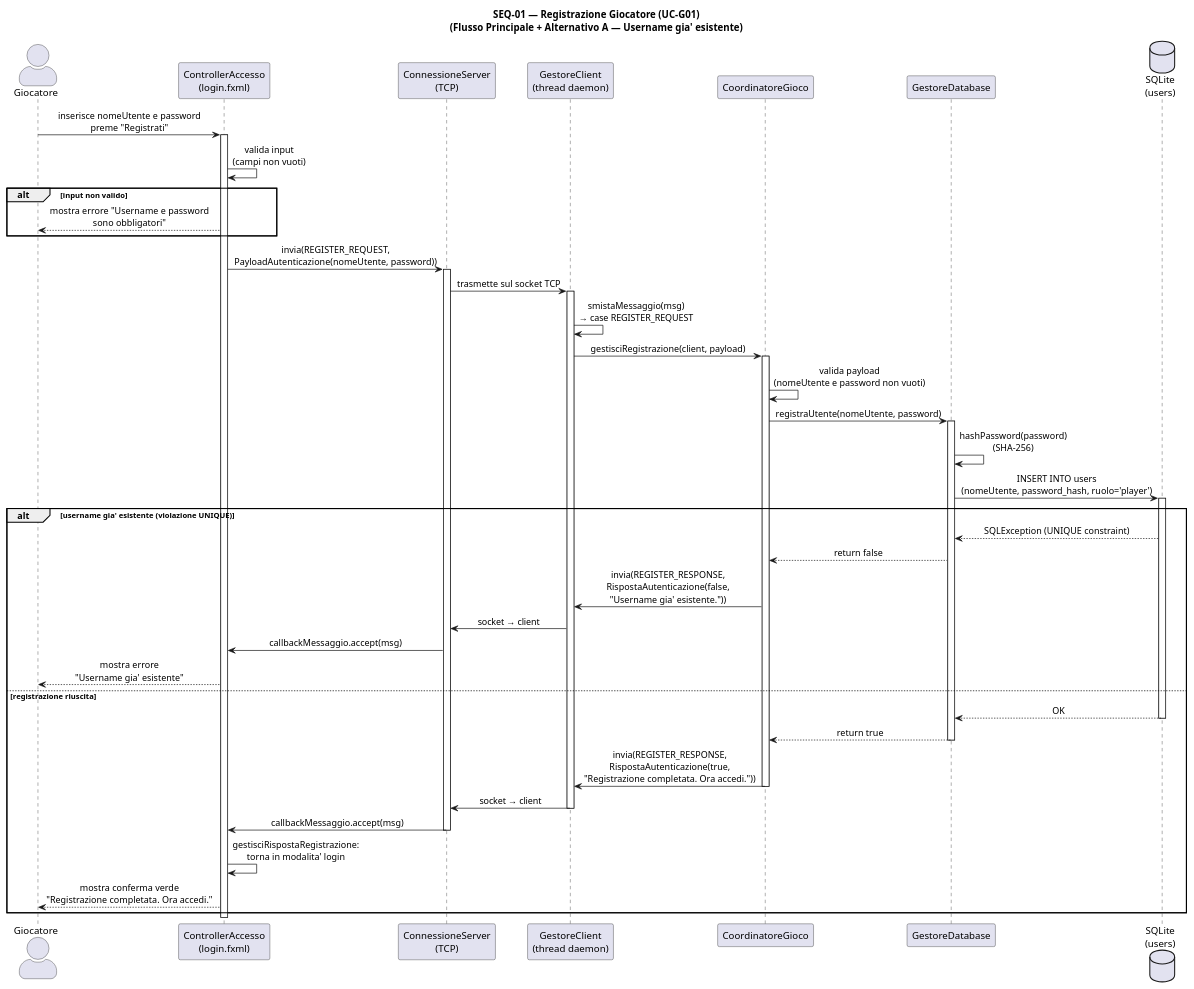
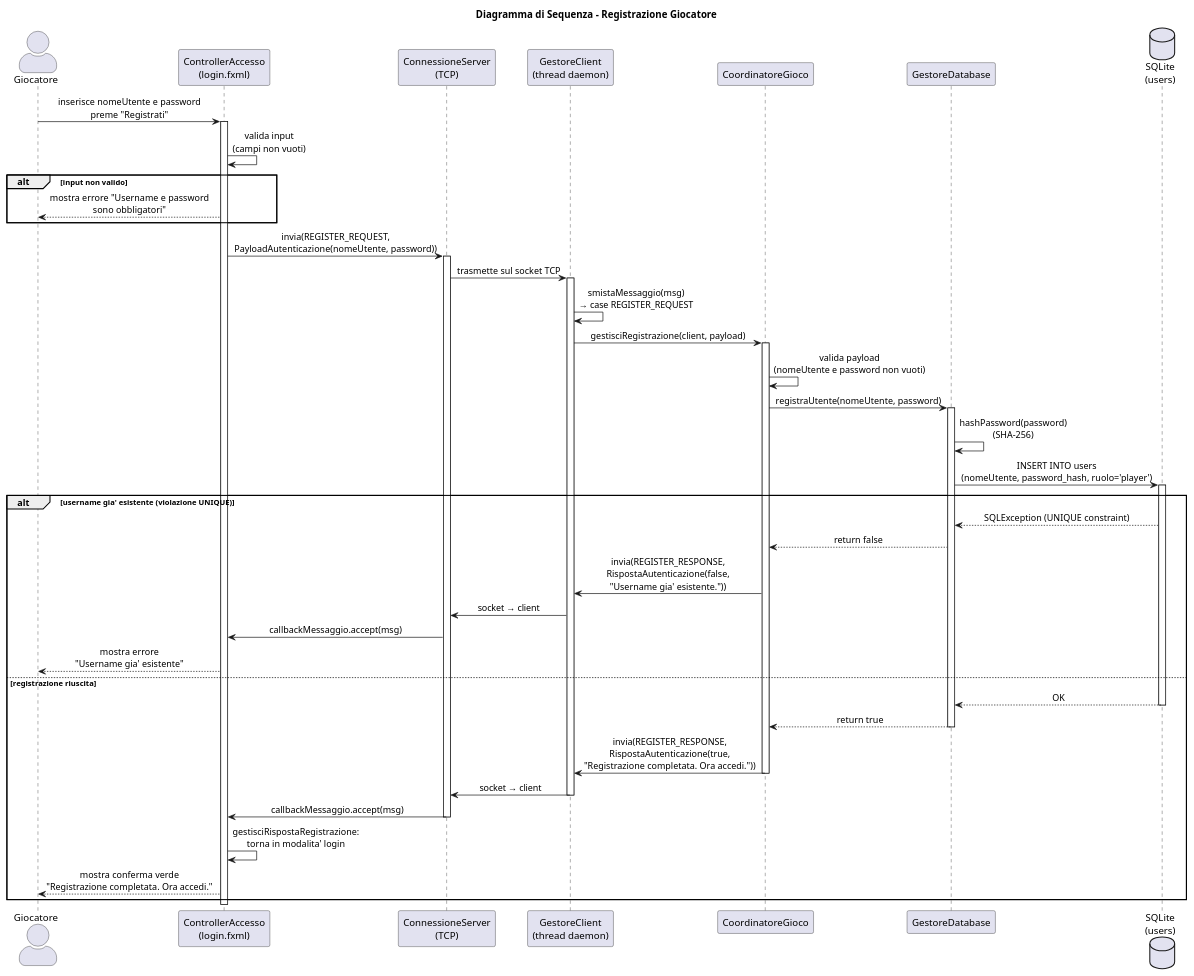
The diagram in Documenti/Diagrammi/SEQ_01_Registrazione.puml (Michele-Pio-Russo/Progetto_Java_Avanzata_Gruppo_2), drawn with PlantUML before and after one commit. The commit also changed 16 other files, not shown here.

```diff
--- a/Documenti/Diagrammi/SEQ_01_Registrazione.puml
+++ b/Documenti/Diagrammi/SEQ_01_Registrazione.puml
@@ -1,65 +1,65 @@
 @startuml SEQ_01_Registrazione
 skinparam actorStyle awesome
 skinparam sequenceMessageAlign center
 
-title SEQ-01 — Registrazione Giocatore (UC-G01)\n(Flusso Principale + Alternativo A — Username gia' esistente)
+title Diagramma di Sequenza - Registrazione Giocatore
 
 actor "Giocatore" as Player
 participant "ControllerAccesso\n(login.fxml)" as Ctrl
 participant "ConnessioneServer\n(TCP)" as Conn
 participant "GestoreClient\n(thread daemon)" as GC
 participant "CoordinatoreGioco" as Coord
 participant "GestoreDatabase" as DB
 database "SQLite\n(users)" as SQLite
 
 Player -> Ctrl : inserisce nomeUtente e password\npreme "Registrati"
 activate Ctrl
 
 Ctrl -> Ctrl : valida input\n(campi non vuoti)
 
 alt input non valido
   Ctrl --> Player : mostra errore "Username e password\nsono obbligatori"
 end
 
 Ctrl -> Conn : invia(REGISTER_REQUEST,\nPayloadAutenticazione(nomeUtente, password))
 activate Conn
 Conn -> GC : trasmette sul socket TCP
 activate GC
 
 GC -> GC : smistaMessaggio(msg)\n→ case REGISTER_REQUEST
 GC -> Coord : gestisciRegistrazione(client, payload)
 activate Coord
 
 Coord -> Coord : valida payload\n(nomeUtente e password non vuoti)
 
 Coord -> DB : registraUtente(nomeUtente, password)
 activate DB
 DB -> DB : hashPassword(password)\n(SHA-256)
 DB -> SQLite : INSERT INTO users\n(nomeUtente, password_hash, ruolo='player')
 activate SQLite
 
 alt username gia' esistente (violazione UNIQUE)
   SQLite --> DB : SQLException (UNIQUE constraint)
   DB --> Coord : return false
   Coord -> GC : invia(REGISTER_RESPONSE,\nRispostaAutenticazione(false,\n"Username gia' esistente."))
   GC -> Conn : socket → client
   Conn -> Ctrl : callbackMessaggio.accept(msg)
   Ctrl --> Player : mostra errore\n"Username gia' esistente"
 else registrazione riuscita
   SQLite --> DB : OK
   deactivate SQLite
   DB --> Coord : return true
   deactivate DB
   Coord -> GC : invia(REGISTER_RESPONSE,\nRispostaAutenticazione(true,\n"Registrazione completata. Ora accedi."))
   deactivate Coord
   GC -> Conn : socket → client
   deactivate GC
   Conn -> Ctrl : callbackMessaggio.accept(msg)
   deactivate Conn
   Ctrl -> Ctrl : gestisciRispostaRegistrazione:\ntorna in modalita' login
   Ctrl --> Player : mostra conferma verde\n"Registrazione completata. Ora accedi."
 end
 
 deactivate Ctrl
 
 @enduml
```
